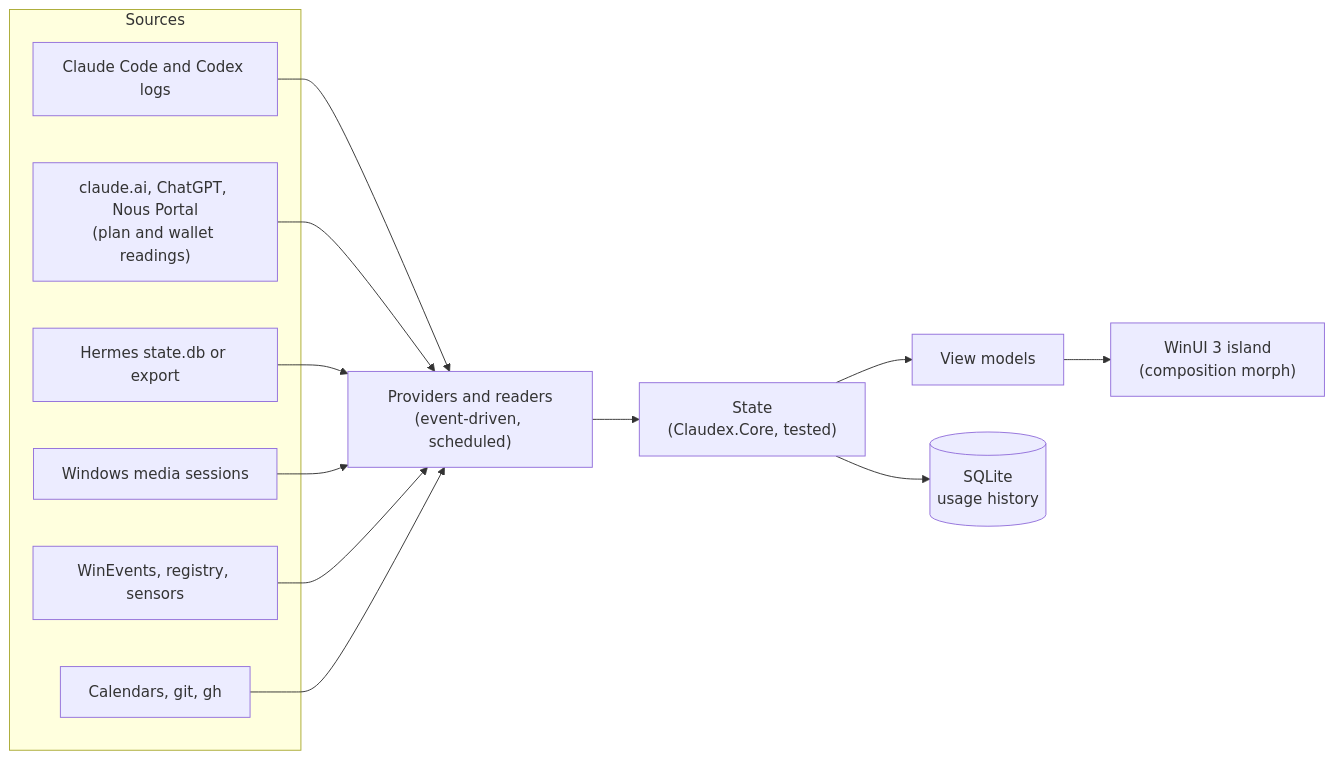
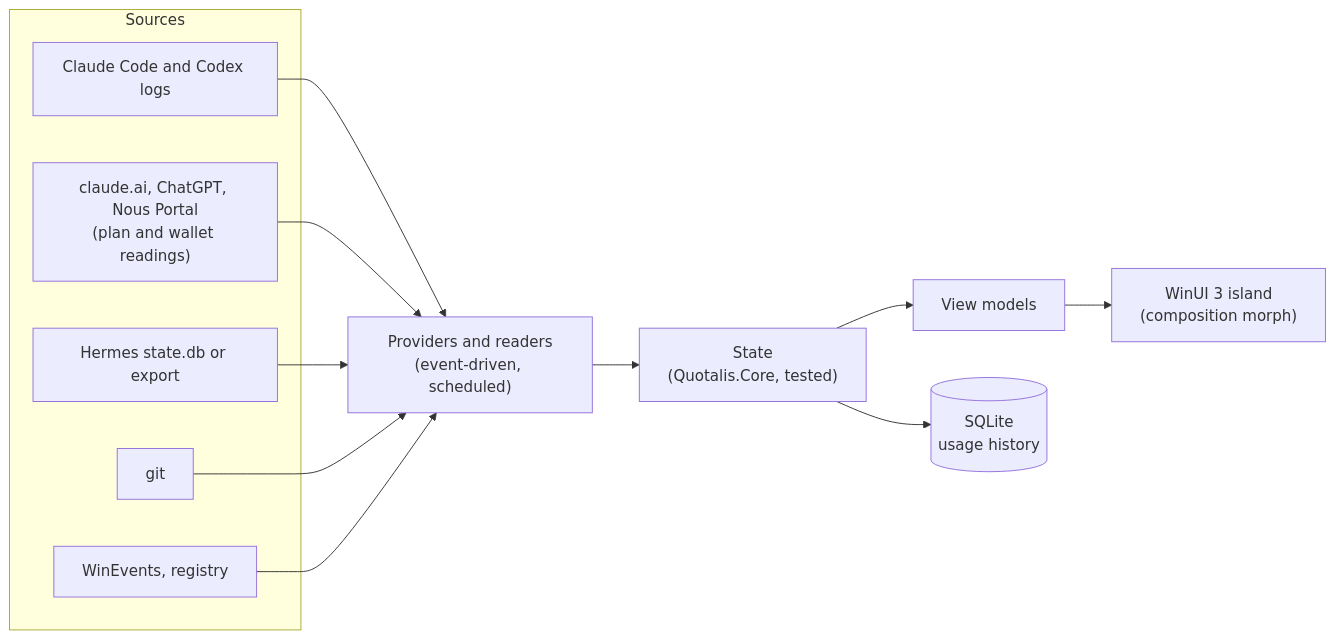
One commit to soybean-alien/Quotalis changed the diagram in README.md. Above: the diagram before and after it, drawn with Mermaid. The commit also changed other lines of this file and 498 other files, not shown here.

First line of the commit message:
Quotalis 0.7.0: renamed from Claudex, AI usage and Git only

````diff
--- a/README.md
+++ b/README.md
@@ -152,16 +131,15 @@
 ```mermaid
 flowchart LR
     subgraph Sources
         L["Claude Code and Codex logs"]
         A["claude.ai, ChatGPT, Nous Portal<br/>(plan and wallet readings)"]
         H["Hermes state.db or export"]
-        M["Windows media sessions"]
-        W["WinEvents, registry, sensors"]
-        C["Calendars, git, gh"]
+        G["git"]
+        W["WinEvents, registry"]
     end
-    L & A & H & M & W & C --> P["Providers and readers<br/>(event-driven, scheduled)"]
-    P --> S["State<br/>(Claudex.Core, tested)"]
+    L & A & H & G & W --> P["Providers and readers<br/>(event-driven, scheduled)"]
+    P --> S["State<br/>(Quotalis.Core, tested)"]
     S --> V["View models"]
     V --> UI["WinUI 3 island<br/>(composition morph)"]
     S --> DB[("SQLite<br/>usage history")]
 ```
````
